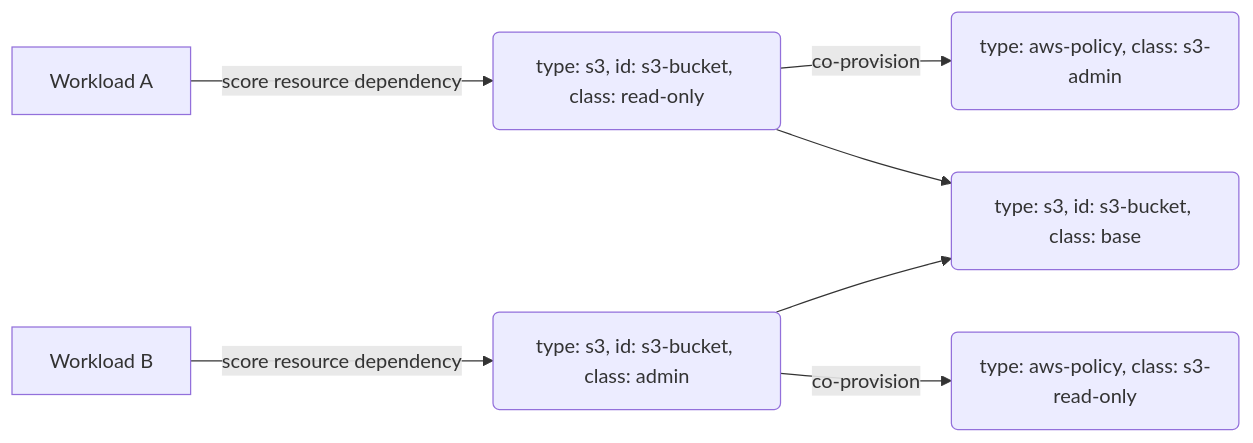
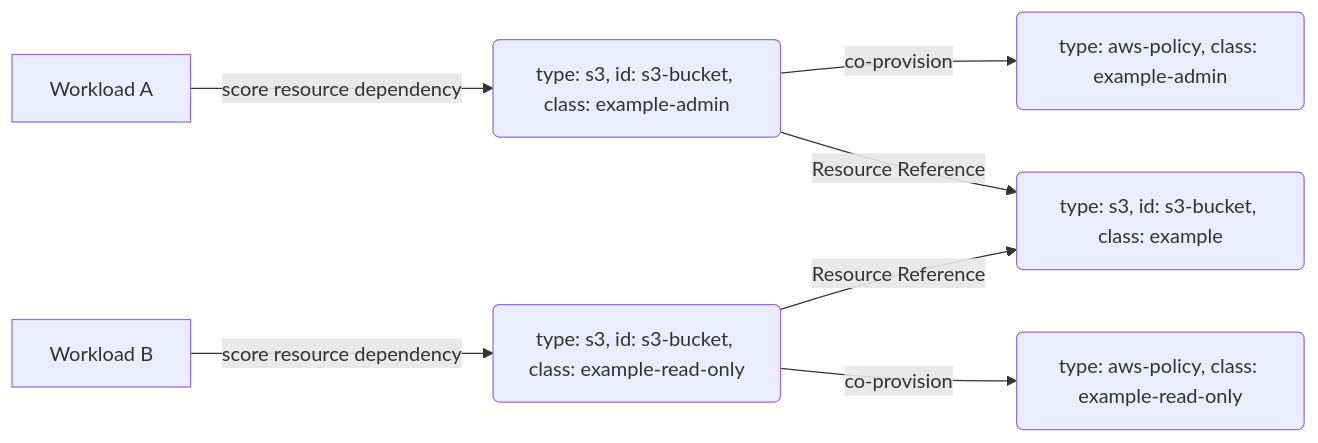
One commit to humanitec-architecture/example-library changed the diagram in resource-graph-patterns/proxy-resource/README.md. Above: the diagram before and after it, drawn with Mermaid. The commit also changed other lines of this file and 2 other files, not shown here.

````diff
--- a/resource-graph-patterns/proxy-resource/README.md
+++ b/resource-graph-patterns/proxy-resource/README.md
@@ -16,10 +16,10 @@
 ```mermaid
 flowchart LR
-    WL_A[Workload A] -->|score resource dependency| PROXY_RES_ADMIN(type: s3, id: s3-bucket, class: read-only)
-    WL_B[Workload B] -->|score resource dependency| PROXY_RES_READ_ONLY(type: s3, id: s3-bucket, class: admin)
-    PROXY_RES_ADMIN -->|co-provision| POL_ADMIN(type: aws-policy, class: s3-admin)
-    PROXY_RES_ADMIN --> BASE_RES(shared: s3-bucket, class: base)
-    PROXY_RES_READ_ONLY -->|co-provision| POL_READ_ONLY(type: aws-policy, class: s3-read-only)
-    PROXY_RES_READ_ONLY --> BASE_RES(type: s3, id: s3-bucket, class: base)
+    WL_A[Workload A] -->|score resource dependency| PROXY_RES_ADMIN(type: s3, id: s3-bucket, class: example-admin)
+    WL_B[Workload B] -->|score resource dependency| PROXY_RES_READ_ONLY(type: s3, id: s3-bucket, class: example-read-only)
+    PROXY_RES_ADMIN -->|co-provision| POL_ADMIN(type: aws-policy, class: example-admin)
+    PROXY_RES_ADMIN -->|Resource Reference| BASE_RES(shared: s3-bucket, class: example)
+    PROXY_RES_READ_ONLY -->|co-provision| POL_READ_ONLY(type: aws-policy, class: example-read-only)
+    PROXY_RES_READ_ONLY -->|Resource Reference| BASE_RES(type: s3, id: s3-bucket, class: example)
 
 ```
````
